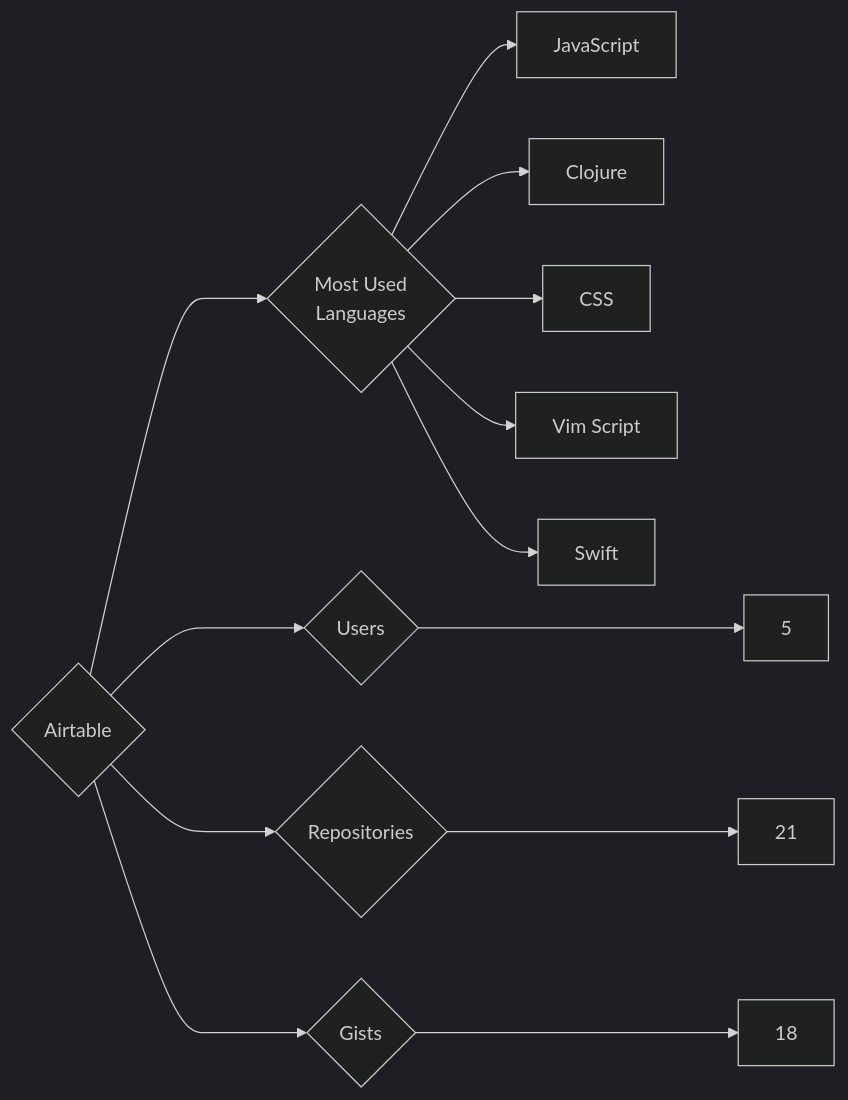
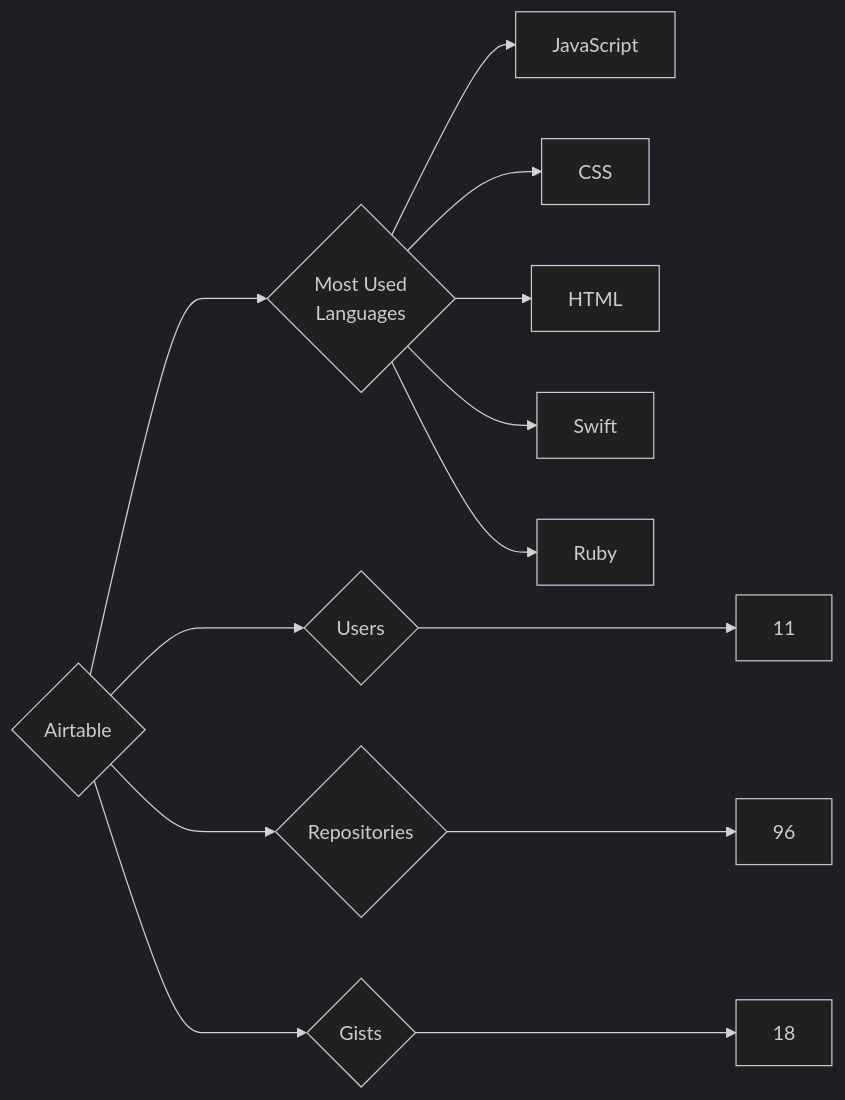
The diagram in targets/Airtable/README.md (trickest/insiders), drawn with Mermaid (dark theme) before and after one commit. The commit also changed 1023 other files, not shown here.

````diff
--- a/targets/Airtable/README.md
+++ b/targets/Airtable/README.md
@@ -3,13 +3,13 @@
 ```mermaid
 graph LR
 COMPANY_NAME{Airtable}
-COMPANY_NAME ---> U{Users} ---> UN[5]
-COMPANY_NAME ---> R{Repositories} ---> RN[21]
+COMPANY_NAME ---> U{Users} ---> UN[11]
+COMPANY_NAME ---> R{Repositories} ---> RN[96]
 COMPANY_NAME ---> G{Gists} ---> GN[18]
 COMPANY_NAME ---> ML{Most Used<br>Languages}
 ML --> JavaScript[JavaScript]
-ML --> Clojure[Clojure]
 ML --> CSS[CSS]
-ML --> Vim_Script[Vim Script]
+ML --> HTML[HTML]
 ML --> Swift[Swift]
+ML --> Ruby[Ruby]
 ```
````
